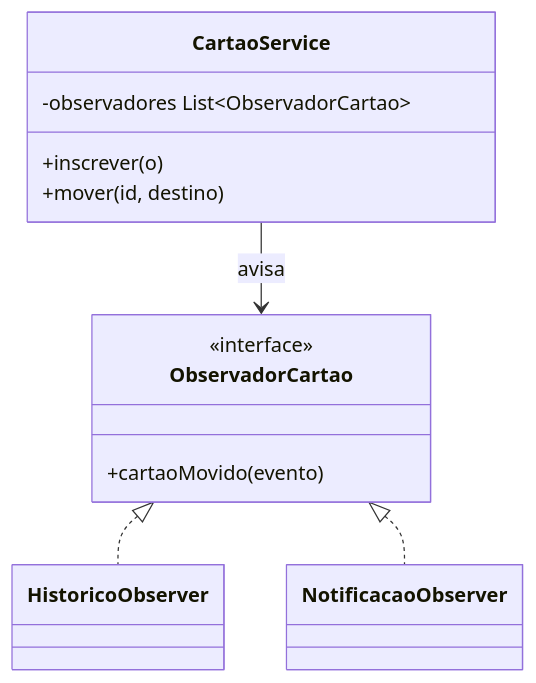
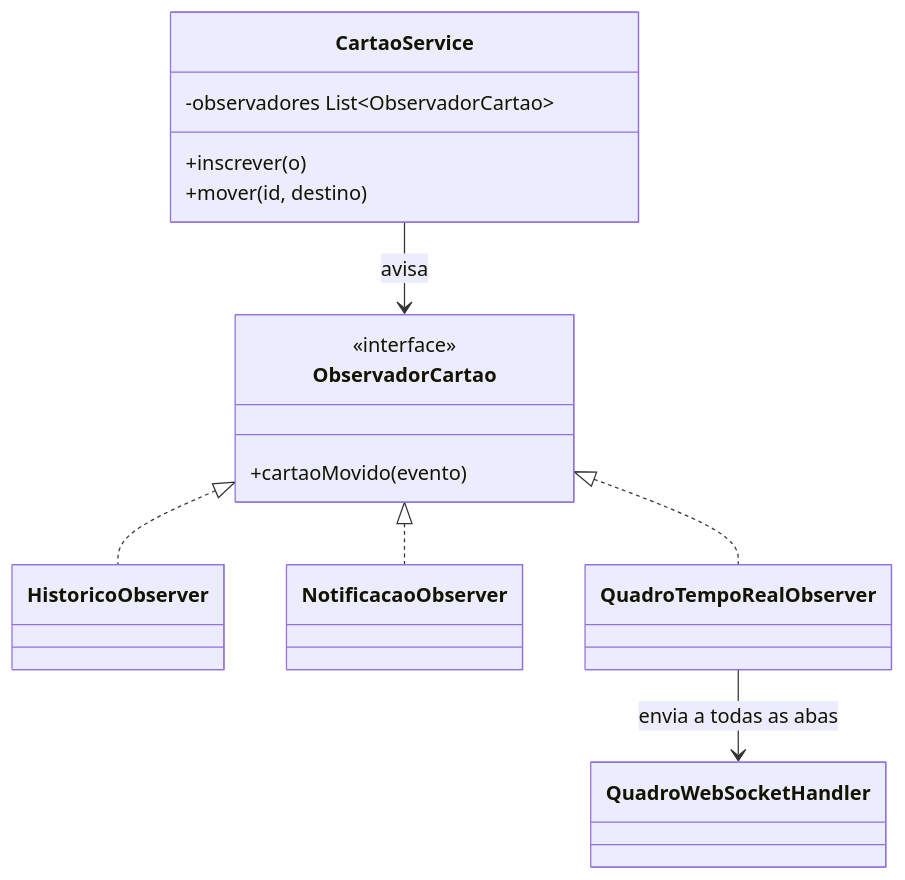
Before and after one commit to alana-britoc/gerenciador-kanban: the third of 3 diagrams in docs/padroes.md, drawn with Mermaid. The commit also changed other lines of this file and 1 other file, not shown here.

Commit message:
docs: documentar o quadro em tempo real com WebSocket

````diff
--- a/docs/padroes.md
+++ b/docs/padroes.md
@@ -63,15 +63,17 @@
 ```mermaid
 classDiagram
     class ObservadorCartao {
         <<interface>>
         +cartaoMovido(evento)
     }
     class CartaoService {
         -observadores List~ObservadorCartao~
         +inscrever(o)
         +mover(id, destino)
     }
     CartaoService --> ObservadorCartao : avisa
     ObservadorCartao <|.. HistoricoObserver
     ObservadorCartao <|.. NotificacaoObserver
+    ObservadorCartao <|.. QuadroTempoRealObserver
+    QuadroTempoRealObserver --> QuadroWebSocketHandler : envia a todas as abas
 ```
````
